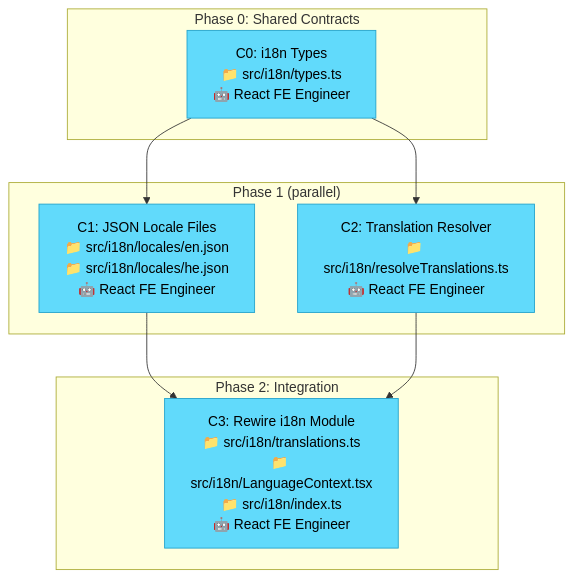
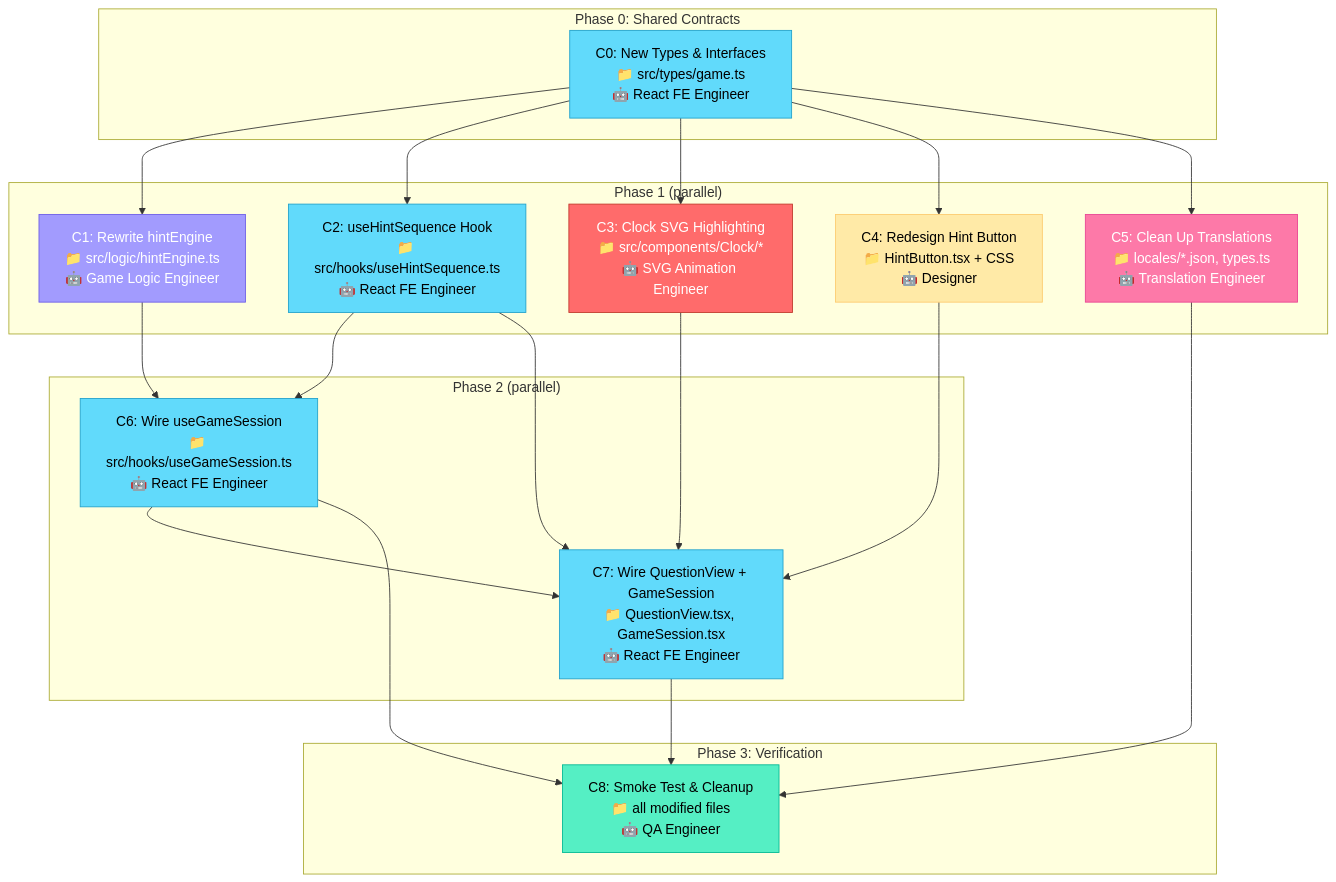
Before and after one commit to mpmisha/TeachWatch: the diagram in .tasks/PLAN_GRAPH.md, drawn with Mermaid. The commit also changed other lines of this file and 26 other files, not shown here.

First line of the commit message:
feat: replace text hints with visual clock highlighting system

````diff
--- a/.tasks/PLAN_GRAPH.md
+++ b/.tasks/PLAN_GRAPH.md
@@ -3,24 +3,52 @@
 ```mermaid
 flowchart TD
     subgraph "Phase 0: Shared Contracts"
-        C0["C0: i18n Types\n📁 src/i18n/types.ts\n🤖 React FE Engineer"]
+        C0["C0: New Types & Interfaces\n📁 src/types/game.ts\n🤖 React FE Engineer"]
     end
 
     subgraph "Phase 1 (parallel)"
-        C1["C1: JSON Locale Files\n📁 src/i18n/locales/en.json\n📁 src/i18n/locales/he.json\n🤖 React FE Engineer"]
-        C2["C2: Translation Resolver\n📁 src/i18n/resolveTranslations.ts\n🤖 React FE Engineer"]
+        C1["C1: Rewrite hintEngine\n📁 src/logic/hintEngine.ts\n🤖 Game Logic Engineer"]
+        C2["C2: useHintSequence Hook\n📁 src/hooks/useHintSequence.ts\n🤖 React FE Engineer"]
+        C3["C3: Clock SVG Highlighting\n📁 src/components/Clock/*\n🤖 SVG Animation Engineer"]
+        C4["C4: Redesign Hint Button\n📁 HintButton.tsx + CSS\n🤖 Designer"]
+        C5["C5: Clean Up Translations\n📁 locales/*.json, types.ts\n🤖 Translation Engineer"]
     end
 
-    subgraph "Phase 2: Integration"
-        C3["C3: Rewire i18n Module\n📁 src/i18n/translations.ts\n📁 src/i18n/LanguageContext.tsx\n📁 src/i18n/index.ts\n🤖 React FE Engineer"]
+    subgraph "Phase 2 (parallel)"
+        C6["C6: Wire useGameSession\n📁 src/hooks/useGameSession.ts\n🤖 React FE Engineer"]
+        C7["C7: Wire QuestionView + GameSession\n📁 QuestionView.tsx, GameSession.tsx\n🤖 React FE Engineer"]
+    end
+
+    subgraph "Phase 3: Verification"
+        C8["C8: Smoke Test & Cleanup\n📁 all modified files\n🤖 QA Engineer"]
     end
 
     C0 --> C1
     C0 --> C2
-    C1 --> C3
-    C2 --> C3
+    C0 --> C3
+    C0 --> C4
+    C0 --> C5
+    C1 --> C6
+    C2 --> C6
+    C2 --> C7
+    C3 --> C7
+    C4 --> C7
+    C6 --> C7
+    C5 --> C8
+    C6 --> C8
+    C7 --> C8
 
     classDef reactfe fill:#61dafb,color:#000,stroke:#21a1cb
+    classDef svgeng fill:#ff6b6b,color:#fff,stroke:#c0392b
+    classDef gamelogic fill:#a29bfe,color:#fff,stroke:#6c5ce7
+    classDef designer fill:#ffeaa7,color:#000,stroke:#fdcb6e
+    classDef translation fill:#fd79a8,color:#fff,stroke:#e84393
+    classDef qa fill:#55efc4,color:#000,stroke:#00b894
 
-    class C0,C1,C2,C3 reactfe
+    class C0,C2,C6,C7 reactfe
+    class C3 svgeng
+    class C1 gamelogic
+    class C4 designer
+    class C5 translation
+    class C8 qa
 ```
````
